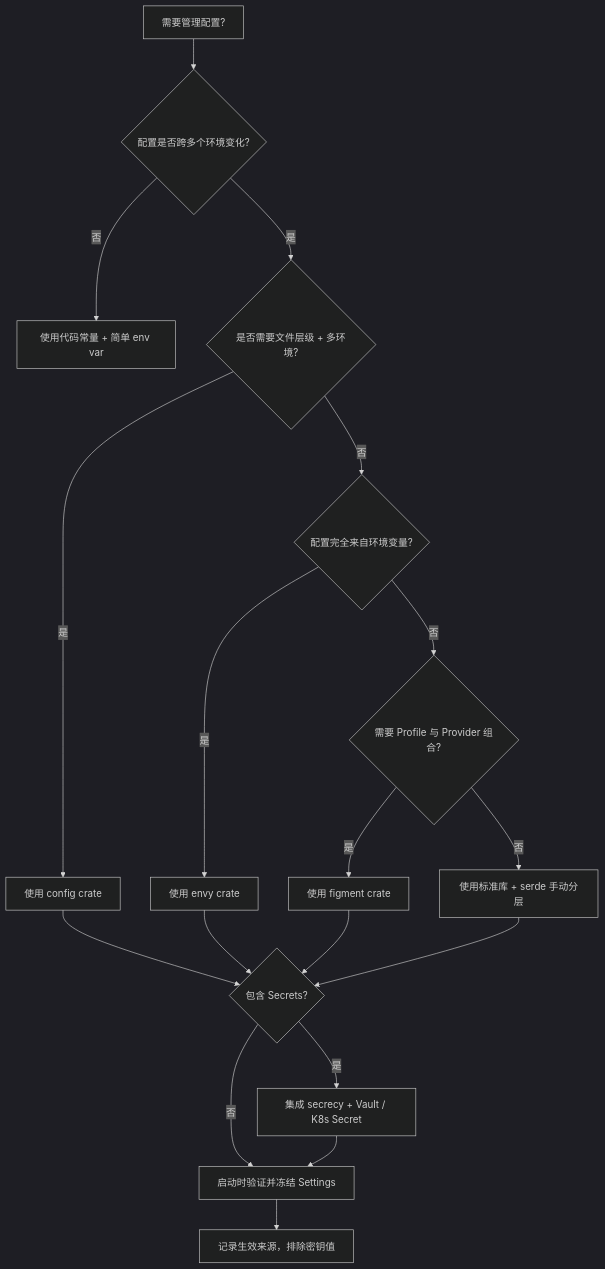
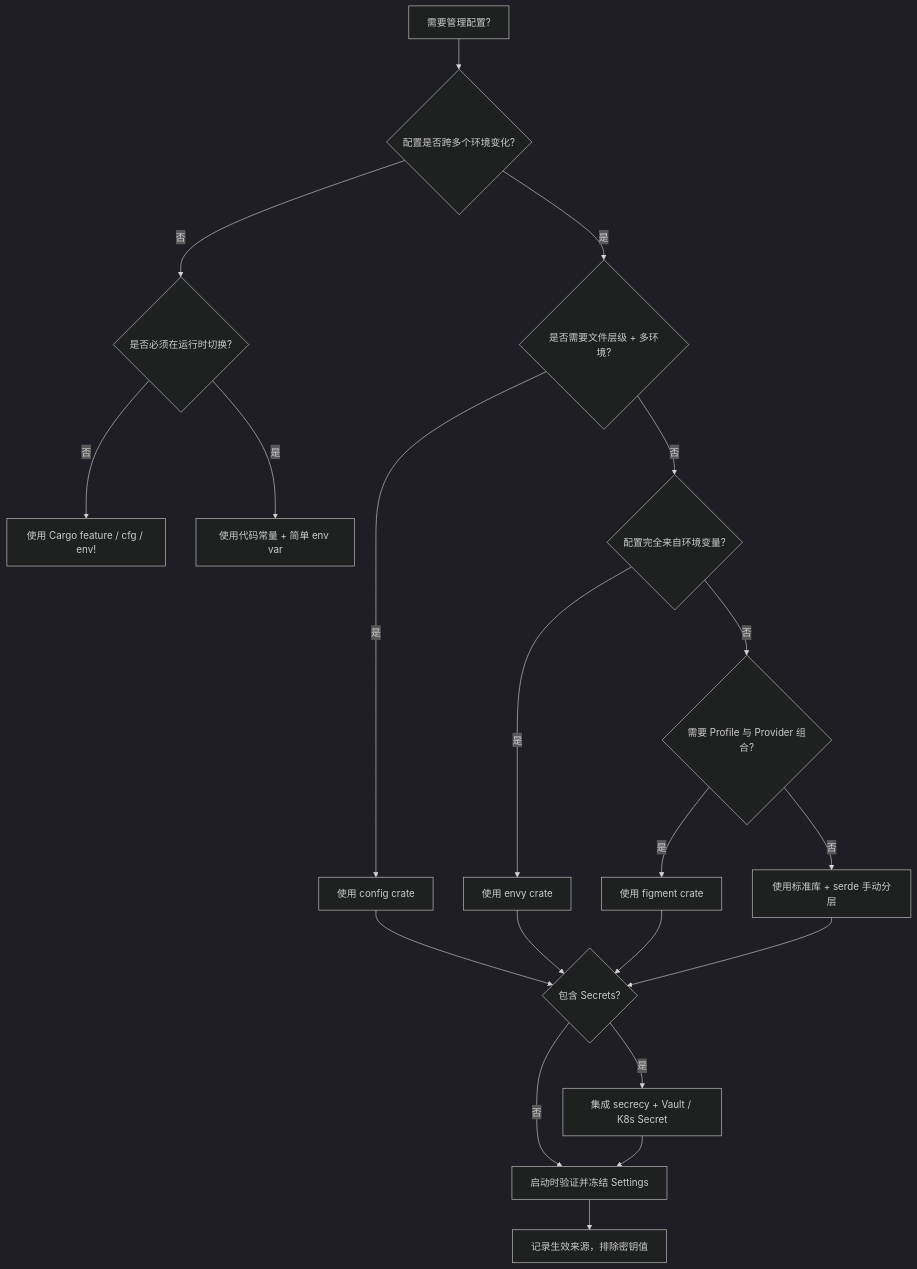
The second of 2 diagrams in concept/06_ecosystem/03_design_patterns/44_configuration_management_patterns.md (martin-ly/rust-lang), drawn with Mermaid (dark theme) before and after one commit. The commit also changed other lines of this file and 91 other files, not shown here.

````diff
--- a/concept/06_ecosystem/03_design_patterns/44_configuration_management_patterns.md
+++ b/concept/06_ecosystem/03_design_patterns/44_configuration_management_patterns.md
@@ -481,20 +849,22 @@
 ```mermaid
 flowchart TD
     A[需要管理配置?] --> B{配置是否跨多个环境变化?}
-    B -->|否| C[使用代码常量 + 简单 env var]
-    B -->|是| D{是否需要文件层级 + 多环境?}
-    D -->|是| E[使用 config crate]
-    D -->|否| F{配置完全来自环境变量?}
-    F -->|是| G[使用 envy crate]
-    F -->|否| H{需要 Profile 与 Provider 组合?}
-    H -->|是| I[使用 figment crate]
-    H -->|否| J[使用标准库 + serde 手动分层]
-    E --> K{包含 Secrets?}
-    G --> K
-    I --> K
-    J --> K
-    K -->|是| L[集成 secrecy + Vault / K8s Secret]
-    K -->|否| M[启动时验证并冻结 Settings]
+    B -->|否| C{是否必须在运行时切换?}
+    C -->|否| D[使用 Cargo feature / cfg / env!]
+    C -->|是| E[使用代码常量 + 简单 env var]
+    B -->|是| F{是否需要文件层级 + 多环境?}
+    F -->|是| G[使用 config crate]
+    F -->|否| H{配置完全来自环境变量?}
+    H -->|是| I[使用 envy crate]
+    H -->|否| J{需要 Profile 与 Provider 组合?}
+    J -->|是| K[使用 figment crate]
+    J -->|否| L[使用标准库 + serde 手动分层]
+    G --> M{包含 Secrets?}
+    I --> M
+    K --> M
     L --> M
-    M --> N[记录生效来源，排除密钥值]
+    M -->|是| N[集成 secrecy + Vault / K8s Secret]
+    M -->|否| O[启动时验证并冻结 Settings]
+    N --> O
+    O --> P[记录生效来源，排除密钥值]
 ```
````
